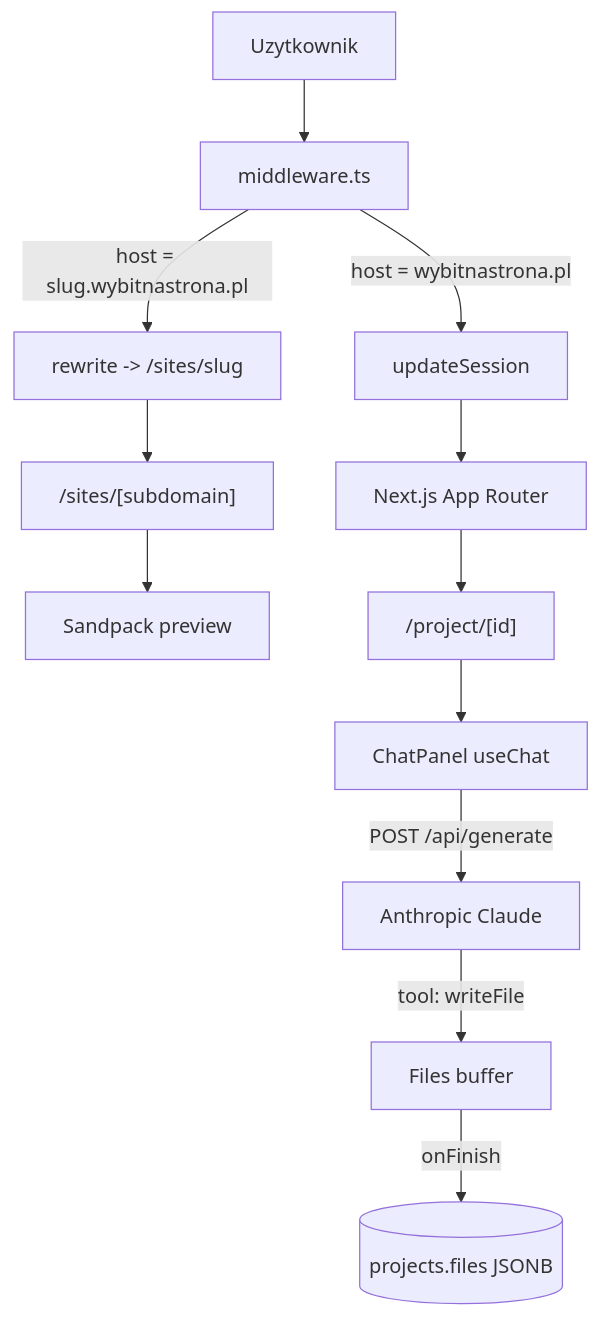
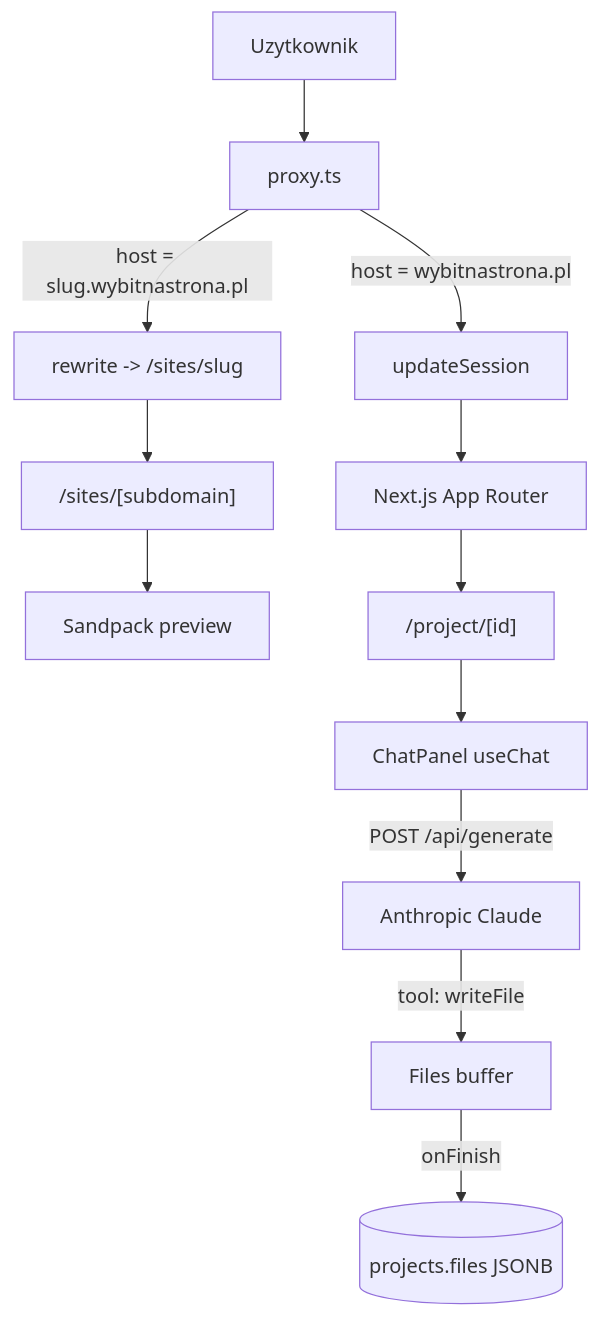
Before and after one commit to wybitnastrona/wybitnastrona-pl: the diagram in README.md, drawn with Mermaid. The commit also changed other lines of this file and 11 other files, not shown here.

````diff
--- a/README.md
+++ b/README.md
@@ -142,14 +142,14 @@
 ```mermaid
 flowchart TB
-  user[Uzytkownik] --> mw[middleware.ts]
+  user[Uzytkownik] --> mw[proxy.ts]
   mw -->|"host = wybitnastrona.pl"| supabaseRefresh[updateSession]
   mw -->|"host = slug.wybitnastrona.pl"| rewrite["rewrite -> /sites/slug"]
   supabaseRefresh --> nextApp[Next.js App Router]
   rewrite --> sitesRoute["/sites/[subdomain]"]
   sitesRoute --> sandpackPreview[Sandpack preview]
   nextApp --> projectDetail["/project/[id]"]
   projectDetail --> chat[ChatPanel useChat]
   chat -->|"POST /api/generate"| claude[Anthropic Claude]
   claude -->|"tool: writeFile"| filesBuffer[Files buffer]
   filesBuffer -->|"onFinish"| supabaseDB[(projects.files JSONB)]
 ```
````
